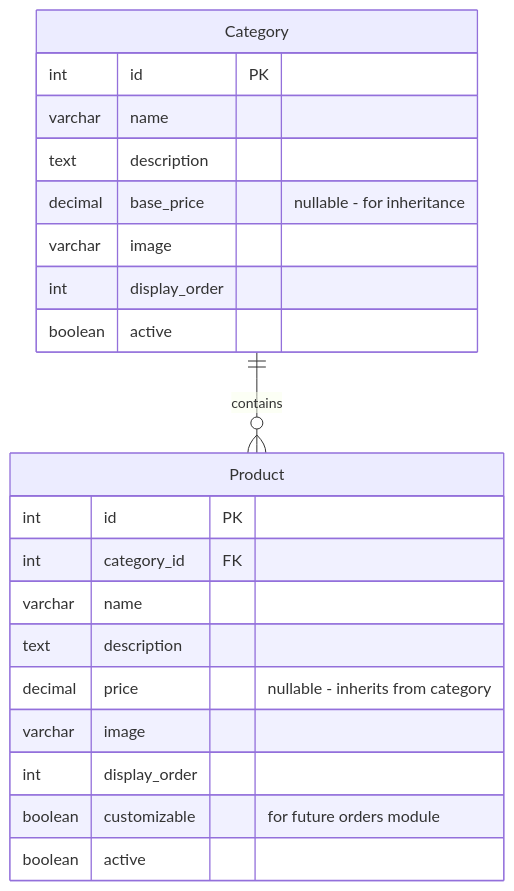
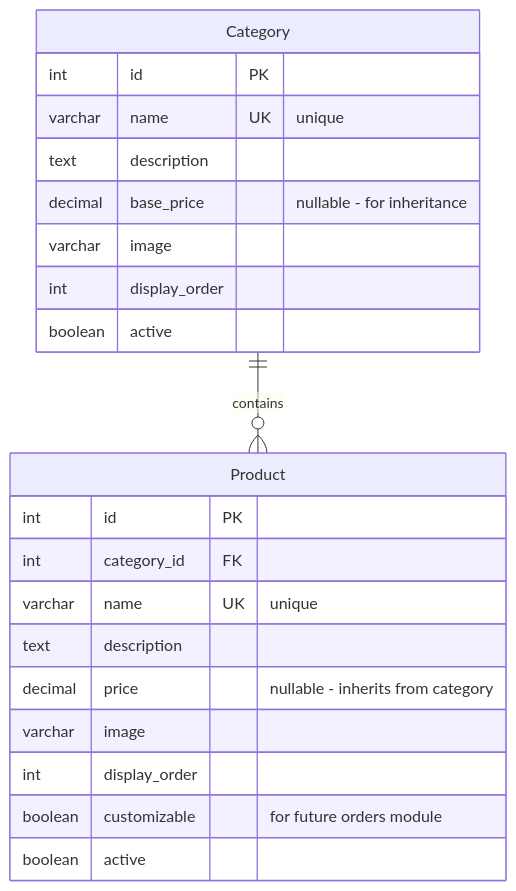
One commit to LeonOmega2712/MEPPOS changed the diagram in .claude/commands/menu.mermaid.md. Above: the diagram before and after it, drawn with Mermaid. The commit also changed 4 other files, not shown here.

````diff
--- a/.claude/commands/menu.mermaid.md
+++ b/.claude/commands/menu.mermaid.md
@@ -3,26 +3,26 @@
 ```mermaid
 erDiagram
     Category {
         int id PK
-        varchar name
+        varchar name UK "unique"
         text description
         decimal base_price "nullable - for inheritance"
         varchar image
         int display_order
         boolean active
     }
 
     Product {
         int id PK
         int category_id FK
-        varchar name
+        varchar name UK "unique"
         text description
         decimal price "nullable - inherits from category"
         varchar image
         int display_order
         boolean customizable "for future orders module"
         boolean active
     }
 
     Category ||--o{ Product : "contains"
 ```
````
